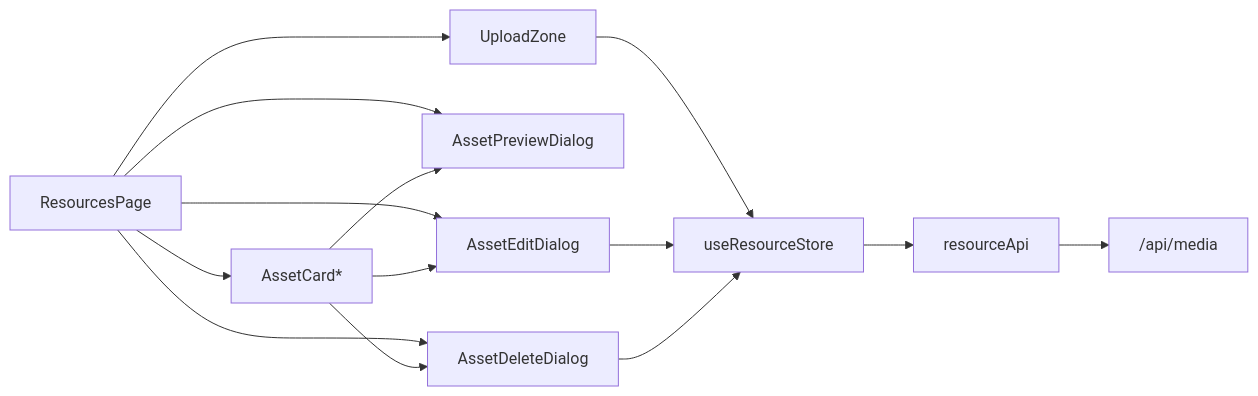
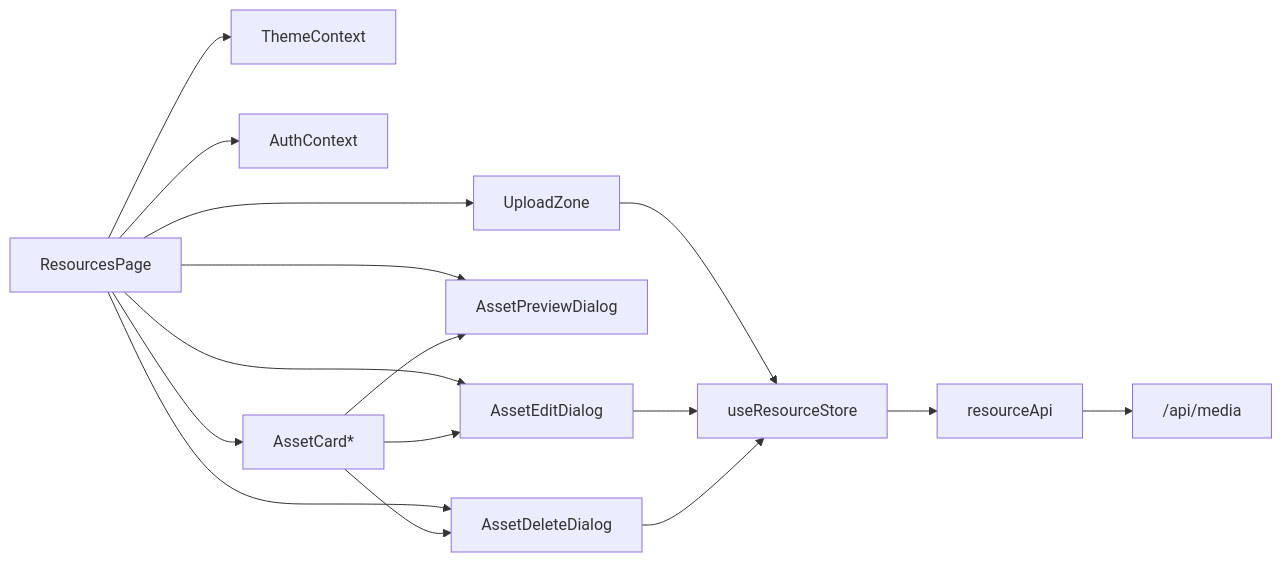
Before and after one commit to KunLabAI/KunFlix: diagram 12 of 12 in .qoder/repowiki/zh/content/系统架构/前端架构/组件架构/资源管理组件.md, drawn with Mermaid. The commit also changed other lines of this file and 88 other files, not shown here.

````diff
--- a/.qoder/repowiki/zh/content/系统架构/前端架构/组件架构/资源管理组件.md
+++ b/.qoder/repowiki/zh/content/系统架构/前端架构/组件架构/资源管理组件.md
@@ -391,16 +527,18 @@
 ```mermaid
 graph LR
-Page["ResourcesPage"] --> Upload["UploadZone"]
+Page["ResourcesPage"] --> Theme["ThemeContext"]
+Page --> Auth["AuthContext"]
+Page --> Upload["UploadZone"]
 Page --> Cards["AssetCard*"]
 Page --> D1["AssetPreviewDialog"]
 Page --> D2["AssetEditDialog"]
 Page --> D3["AssetDeleteDialog"]
 Cards --> D1
 Cards --> D2
 Cards --> D3
 Upload --> Store["useResourceStore"]
 D2 --> Store
 D3 --> Store
 Store --> API["resourceApi"]
 API --> Router["/api/media"]
 ```
````
